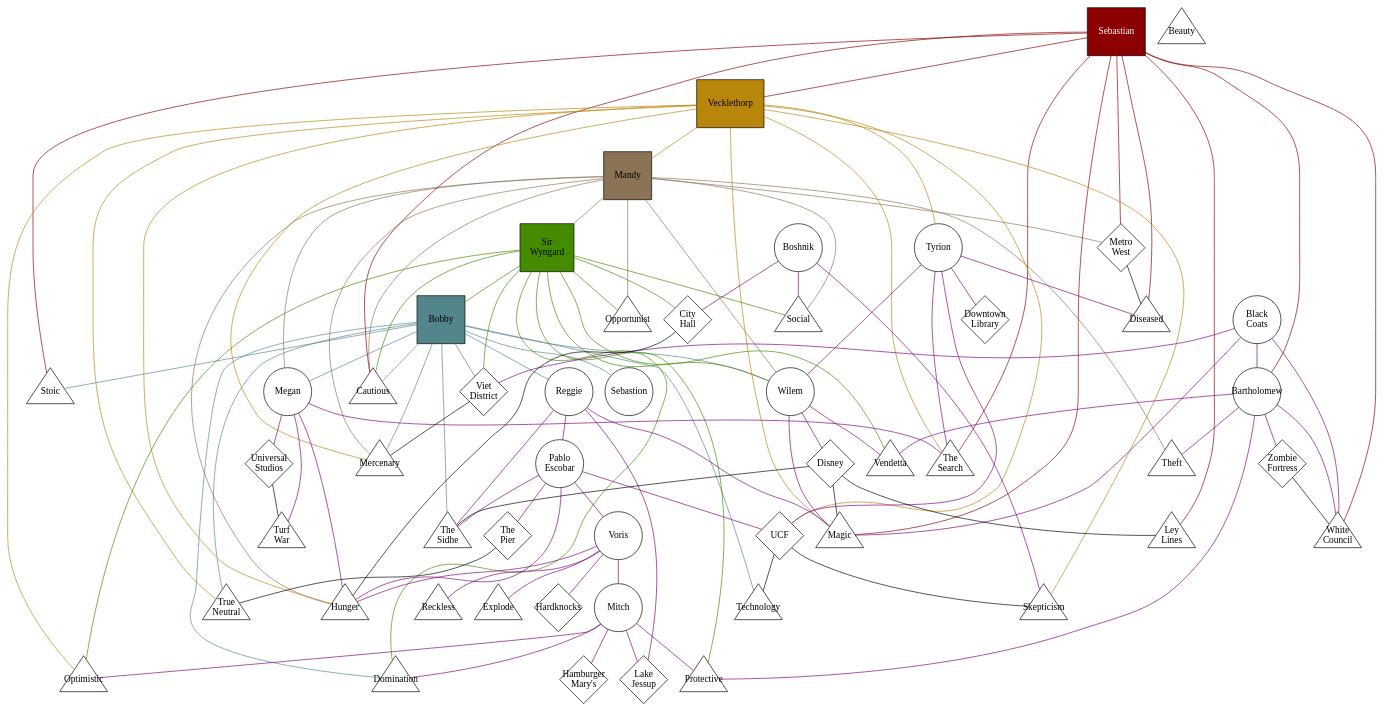
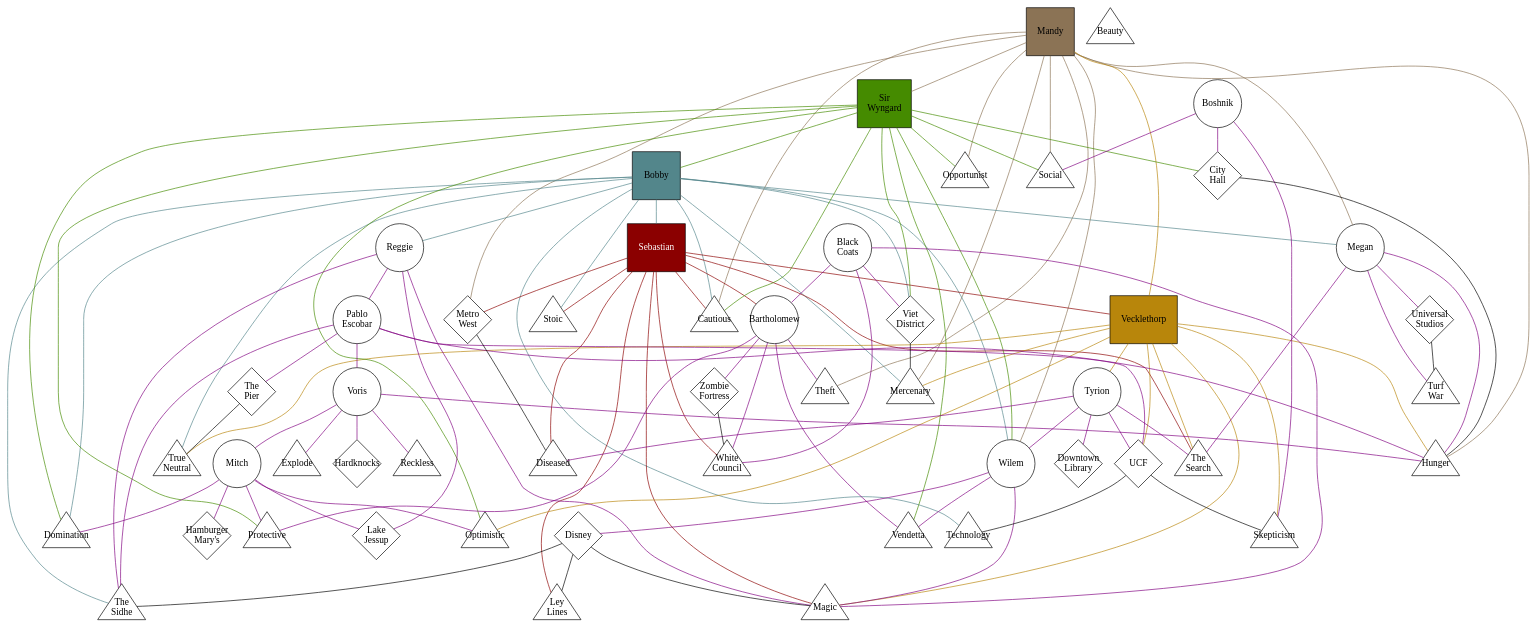
Before and after one commit to stevenvergenz/vergenz-dresden-map: the diagram in might-of-aurora/might-of-aurora.dot, drawn with Graphviz.

Commit message:
Fixed mispelling causing extra node.
My bad.

```diff
--- a/might-of-aurora/might-of-aurora.dot
+++ b/might-of-aurora/might-of-aurora.dot
@@ -119,7 +119,7 @@
 		Bobby -- Reggie
 		Bobby -- "True\nNeutral"
 		Bobby -- Wilem
-		Bobby -- Sebastion
+		Bobby -- Sebastian
 		Bobby -- Technology
 	}
 
```
